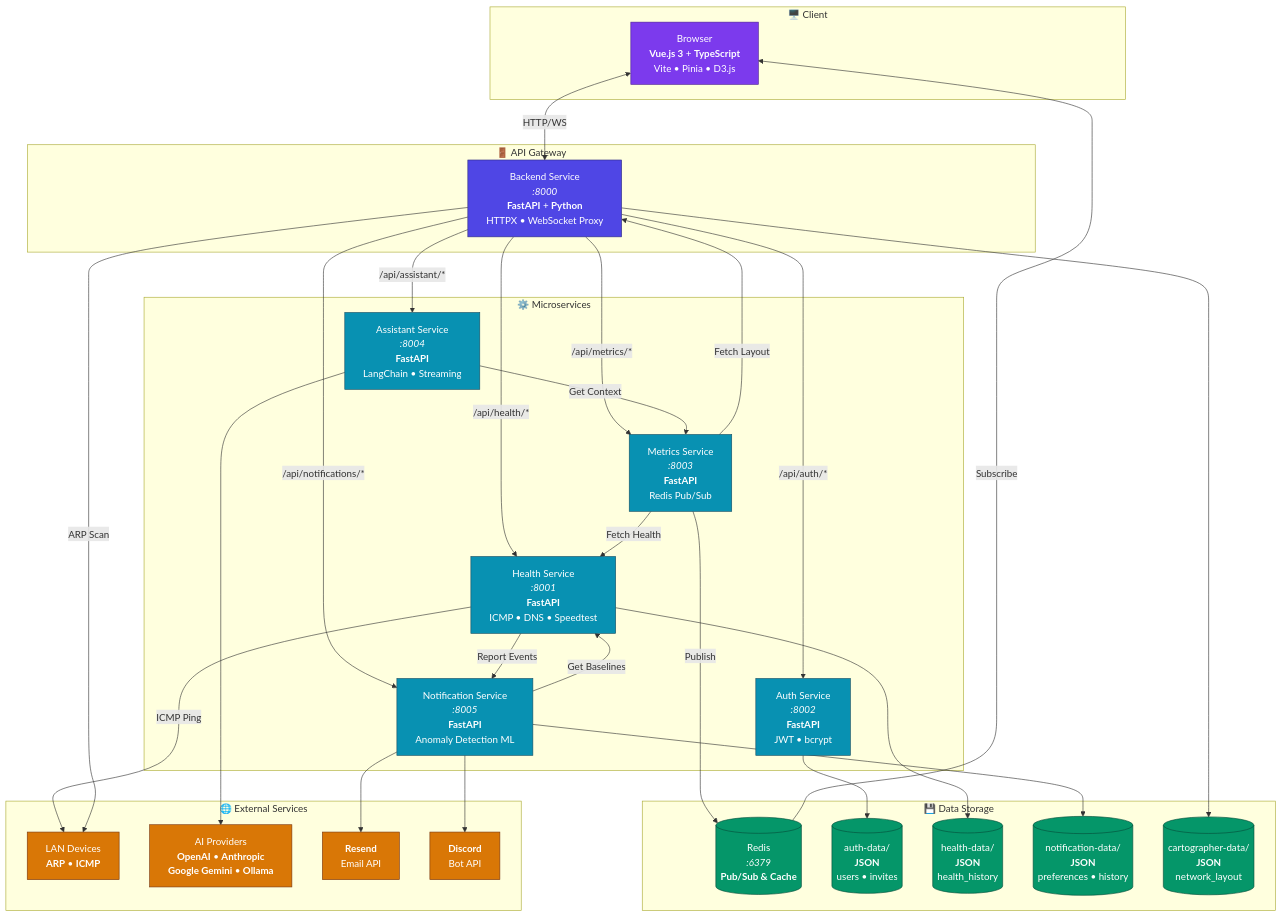
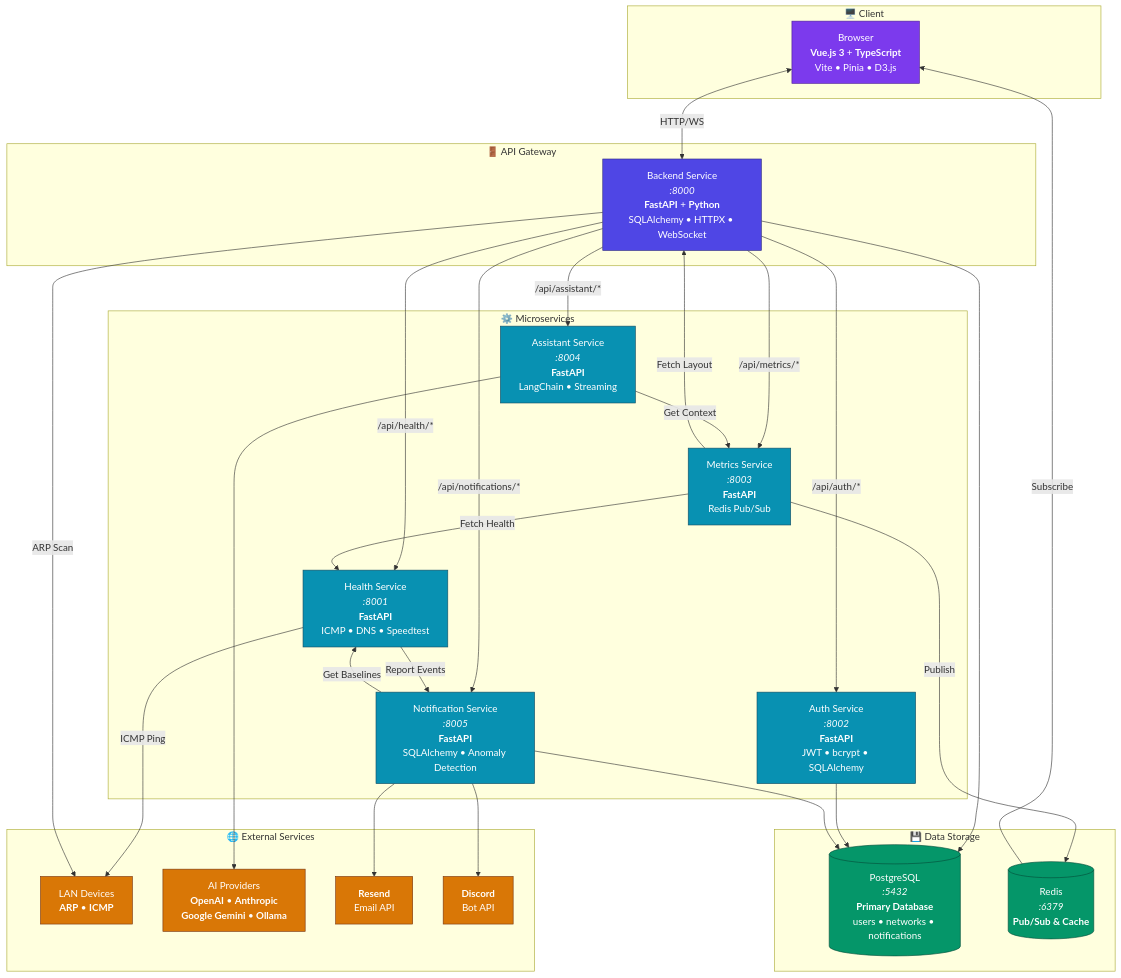
Before and after one commit to DevArtech/cartographer: the diagram in README.md, drawn with Mermaid. The commit also changed other lines of this file, not shown here.

Commit message:
docs: update postgres considerations

````diff
--- a/README.md
+++ b/README.md
@@ -13,80 +13,76 @@
 ```mermaid
 flowchart TB
     subgraph Client["🖥️ Client"]
         Browser["Browser<br/><b>Vue.js 3</b> + <b>TypeScript</b><br/>Vite • Pinia • D3.js"]
     end
 
     subgraph Gateway["🚪 API Gateway"]
-        Backend["Backend Service<br/><i>:8000</i><br/><b>FastAPI</b> + <b>Python</b><br/>HTTPX • WebSocket Proxy"]
+        Backend["Backend Service<br/><i>:8000</i><br/><b>FastAPI</b> + <b>Python</b><br/>SQLAlchemy • HTTPX • WebSocket"]
     end
 
     subgraph Services["⚙️ Microservices"]
         Health["Health Service<br/><i>:8001</i><br/><b>FastAPI</b><br/>ICMP • DNS • Speedtest"]
-        Auth["Auth Service<br/><i>:8002</i><br/><b>FastAPI</b><br/>JWT • bcrypt"]
+        Auth["Auth Service<br/><i>:8002</i><br/><b>FastAPI</b><br/>JWT • bcrypt • SQLAlchemy"]
         Metrics["Metrics Service<br/><i>:8003</i><br/><b>FastAPI</b><br/>Redis Pub/Sub"]
         Assistant["Assistant Service<br/><i>:8004</i><br/><b>FastAPI</b><br/>LangChain • Streaming"]
-        Notification["Notification Service<br/><i>:8005</i><br/><b>FastAPI</b><br/>Anomaly Detection ML"]
+        Notification["Notification Service<br/><i>:8005</i><br/><b>FastAPI</b><br/>SQLAlchemy • Anomaly Detection"]
     end
 
     subgraph Storage["💾 Data Storage"]
+        Postgres[("PostgreSQL<br/><i>:5432</i><br/><b>Primary Database</b><br/>users • networks • notifications")]
         Redis[("Redis<br/><i>:6379</i><br/><b>Pub/Sub & Cache</b>")]
-        AuthData[("auth-data/<br/><b>JSON</b><br/>users • invites")]
-        HealthData[("health-data/<br/><b>JSON</b><br/>health_history")]
-        NotifData[("notification-data/<br/><b>JSON</b><br/>preferences • history")]
-        MapData[("cartographer-data/<br/><b>JSON</b><br/>network_layout")]
     end
 
     subgraph External["🌐 External Services"]
         LAN["LAN Devices<br/><b>ARP</b> • <b>ICMP</b>"]
         AI["AI Providers<br/><b>OpenAI</b> • <b>Anthropic</b><br/><b>Google Gemini</b> • <b>Ollama</b>"]
         Email["<b>Resend</b><br/>Email API"]
         Discord["<b>Discord</b><br/>Bot API"]
     end
 
     %% Client connections
     Browser <-->|"HTTP/WS"| Backend
 
     %% Backend proxy routes
     Backend -->|"/api/health/*"| Health
     Backend -->|"/api/auth/*"| Auth
     Backend -->|"/api/metrics/*"| Metrics
     Backend -->|"/api/assistant/*"| Assistant
     Backend -->|"/api/notifications/*"| Notification
 
     %% Service to storage
-    Auth --> AuthData
-    Health --> HealthData
-    Notification --> NotifData
-    Backend --> MapData
+    Backend --> Postgres
+    Auth --> Postgres
+    Notification --> Postgres
 
     %% Redis pub/sub
     Metrics -->|"Publish"| Redis
     Redis -->|"Subscribe"| Browser
 
     %% Service to service
     Metrics -->|"Fetch Health"| Health
     Metrics -->|"Fetch Layout"| Backend
     Assistant -->|"Get Context"| Metrics
     Health -->|"Report Events"| Notification
     Notification -->|"Get Baselines"| Health
 
     %% External connections
     Health -->|"ICMP Ping"| LAN
     Backend -->|"ARP Scan"| LAN
     Assistant --> AI
     Notification --> Email
     Notification --> Discord
 
     %% Styling
     classDef gateway fill:#4f46e5,stroke:#312e81,color:#fff
     classDef service fill:#0891b2,stroke:#164e63,color:#fff
     classDef storage fill:#059669,stroke:#064e3b,color:#fff
     classDef external fill:#d97706,stroke:#78350f,color:#fff
     classDef client fill:#7c3aed,stroke:#4c1d95,color:#fff
 
     class Backend gateway
     class Health,Auth,Metrics,Assistant,Notification service
-    class Redis,AuthData,HealthData,NotifData,MapData storage
+    class Postgres,Redis storage
     class LAN,AI,Email,Discord external
     class Browser client
 ```
````
